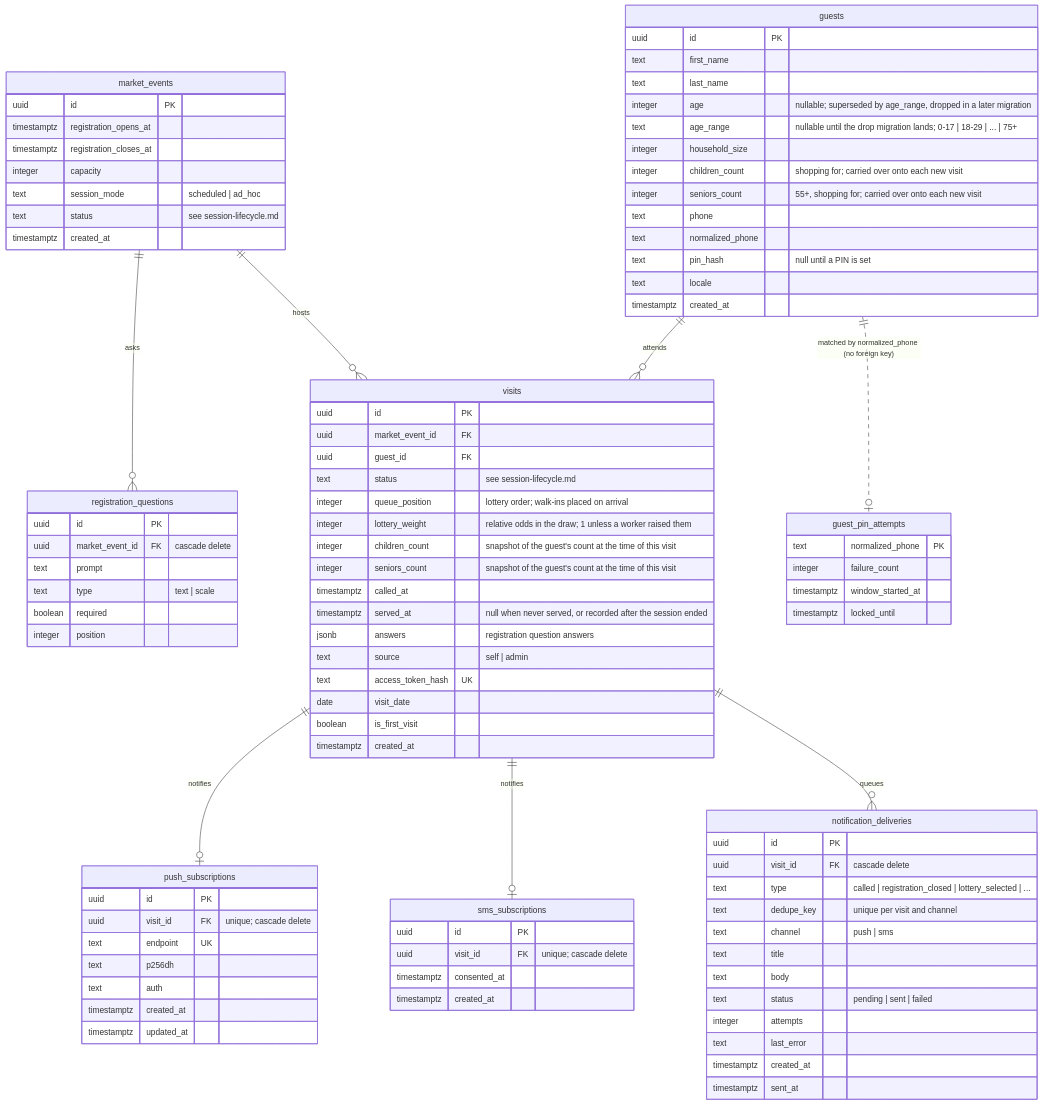
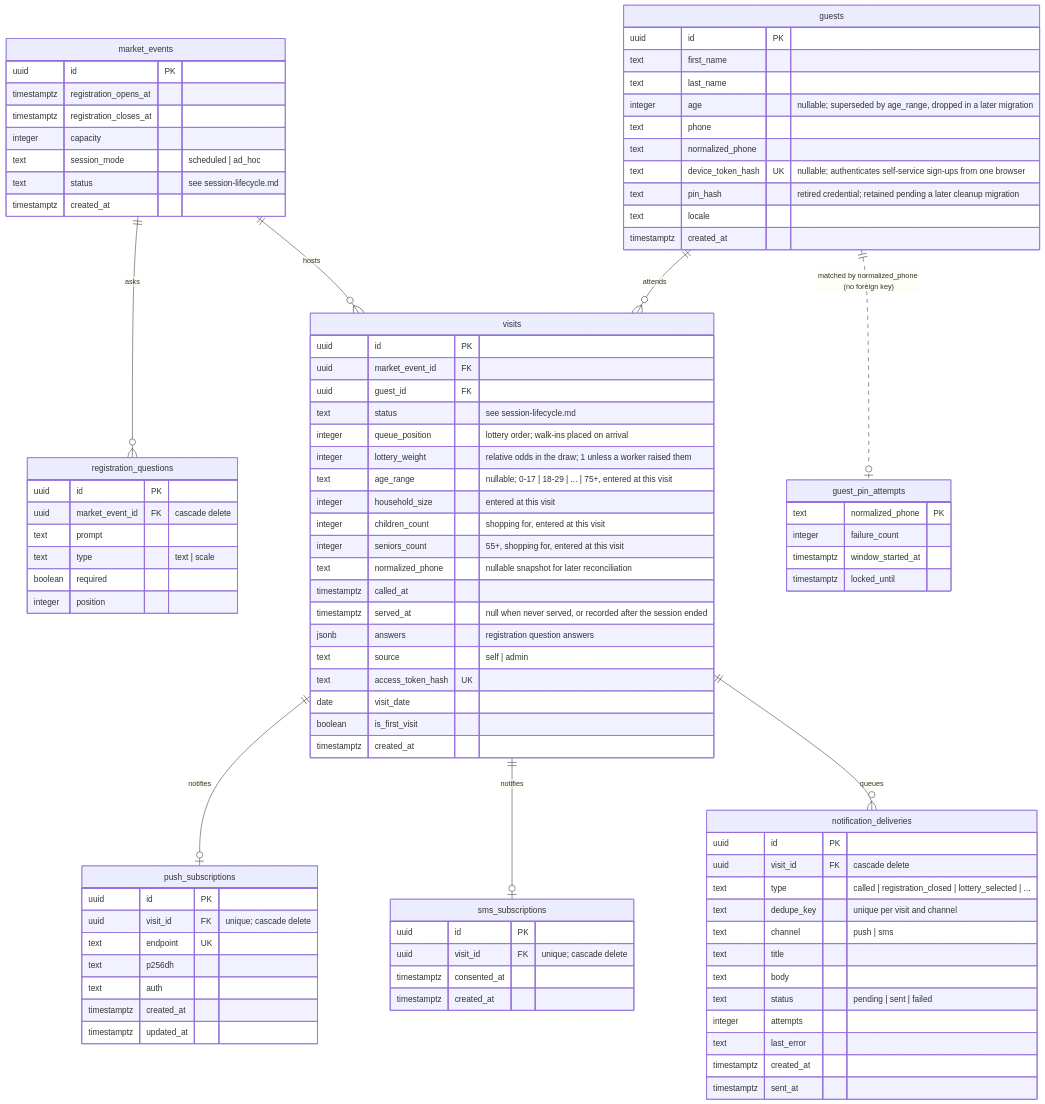
The diagram in docs/data-model.md (bay-compassion/food-market-app), drawn with Mermaid before and after one commit. The commit also changed other lines of this file and 119 other files, not shown here.

```diff
--- a/docs/data-model.md
+++ b/docs/data-model.md
@@ -47,13 +47,10 @@
         text first_name
         text last_name
         integer age "nullable; superseded by age_range, dropped in a later migration"
-        text age_range "nullable until the drop migration lands; 0-17 | 18-29 | ... | 75+"
-        integer household_size
-        integer children_count "shopping for; carried over onto each new visit"
-        integer seniors_count "55+, shopping for; carried over onto each new visit"
         text phone
         text normalized_phone
-        text pin_hash "null until a PIN is set"
+		text device_token_hash UK "nullable; authenticates self-service sign-ups from one browser"
+		text pin_hash "retired credential; retained pending a later cleanup migration"
         text locale
         timestamptz created_at
     }
@@ -65,8 +62,11 @@
         text status "see session-lifecycle.md"
         integer queue_position "lottery order; walk-ins placed on arrival"
         integer lottery_weight "relative odds in the draw; 1 unless a worker raised them"
-        integer children_count "snapshot of the guest's count at the time of this visit"
-        integer seniors_count "snapshot of the guest's count at the time of this visit"
+        text age_range "nullable; 0-17 | 18-29 | ... | 75+, entered at this visit"
+        integer household_size "entered at this visit"
+        integer children_count "shopping for, entered at this visit"
+        integer seniors_count "55+, shopping for, entered at this visit"
+		text normalized_phone "nullable snapshot for later reconciliation"
         timestamptz called_at
         timestamptz served_at "null when never served, or recorded after the session ended"
         jsonb answers "registration question answers"
```
